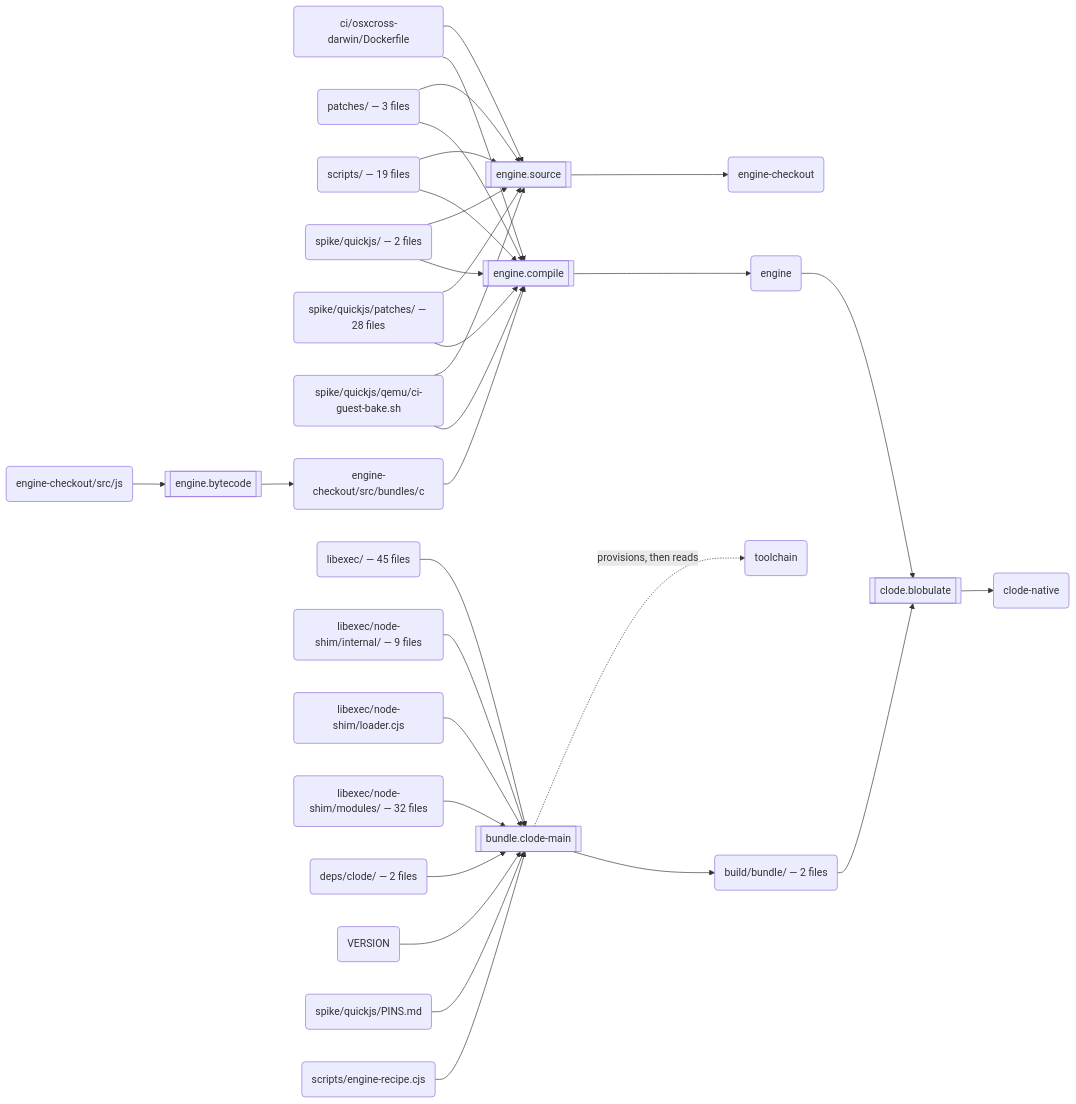
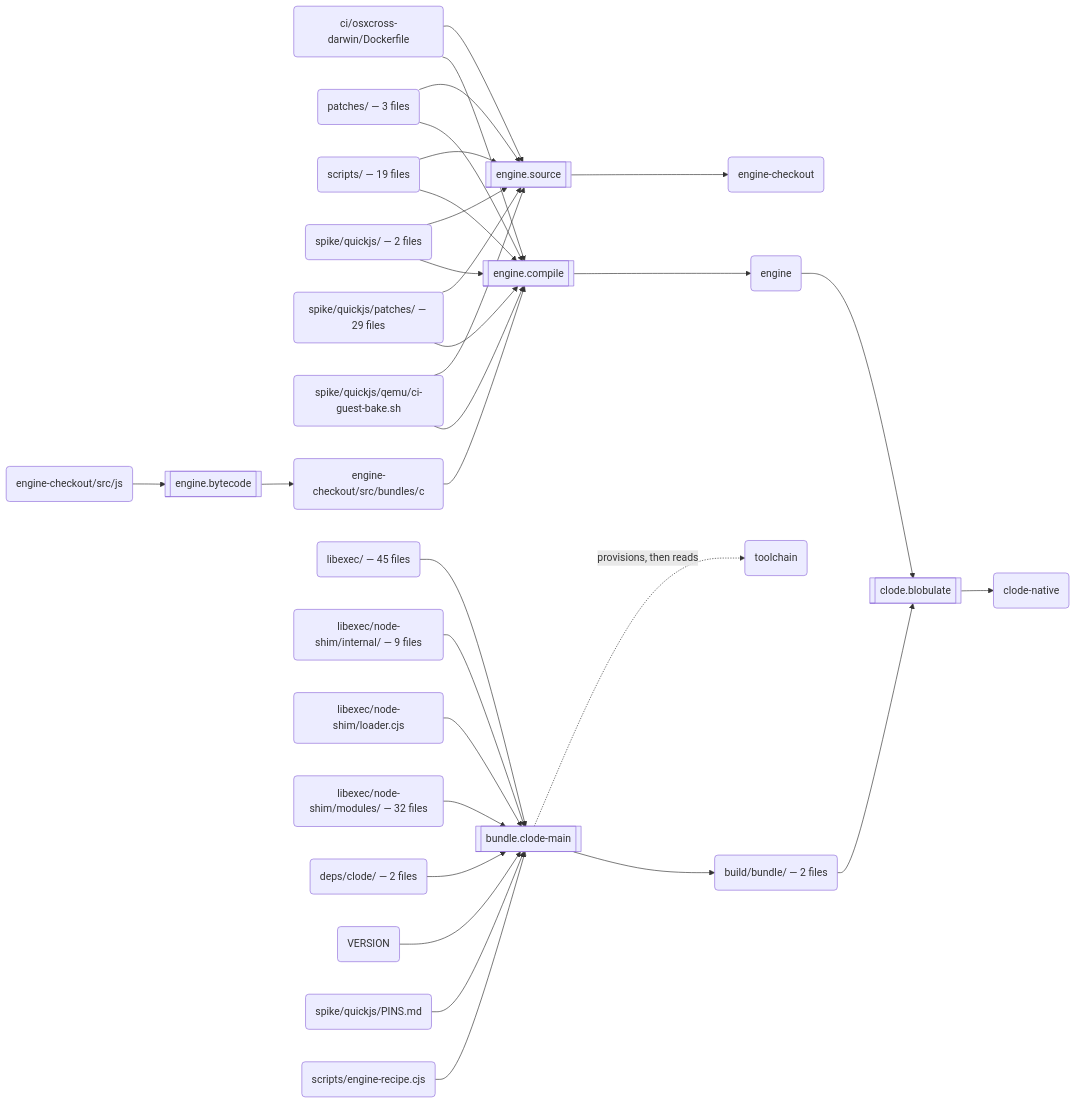
The second of 3 diagrams in docs/build.md (schmonz/clode), drawn with Mermaid before and after one commit. The commit also changed other lines of this file and 7 other files, not shown here.

````diff
--- a/docs/build.md
+++ b/docs/build.md
@@ -123,59 +123,59 @@
 ```mermaid
 flowchart LR
   s0[["engine.source"]]
   a0("ci/osxcross-darwin/Dockerfile")
   a1("patches/ — 3 files")
   a2("scripts/ — 19 files")
   a3("spike/quickjs/ — 2 files")
-  a4("spike/quickjs/patches/ — 28 files")
+  a4("spike/quickjs/patches/ — 29 files")
   a5("spike/quickjs/qemu/ci-guest-bake.sh")
   a6("engine-checkout")
   s1[["engine.bytecode"]]
   a7("engine-checkout/src/js")
   a8("engine-checkout/src/bundles/c")
   s2[["engine.compile"]]
   a9("engine")
   s3[["bundle.clode-main"]]
   a10("libexec/ — 45 files")
   a11("libexec/node-shim/internal/ — 9 files")
   a12("libexec/node-shim/loader.cjs")
   a13("libexec/node-shim/modules/ — 32 files")
   a14("deps/clode/ — 2 files")
   a15("VERSION")
   a16("spike/quickjs/PINS.md")
   a17("scripts/engine-recipe.cjs")
   a18("toolchain")
   a19("build/bundle/ — 2 files")
   s4[["clode.blobulate"]]
   a20("clode-native")
   a0 --> s0
   a1 --> s0
   a2 --> s0
   a3 --> s0
   a4 --> s0
   a5 --> s0
   s0 --> a6
   a7 --> s1
   s1 --> a8
   a8 --> s2
   a0 --> s2
   a1 --> s2
   a2 --> s2
   a3 --> s2
   a4 --> s2
   a5 --> s2
   s2 --> a9
   a10 --> s3
   a11 --> s3
   a12 --> s3
   a13 --> s3
   a14 --> s3
   a15 --> s3
   a16 --> s3
   a17 --> s3
   s3 -.->|"provisions, then reads"| a18
   s3 --> a19
   a9 --> s4
   a19 --> s4
   s4 --> a20
 ```
````
